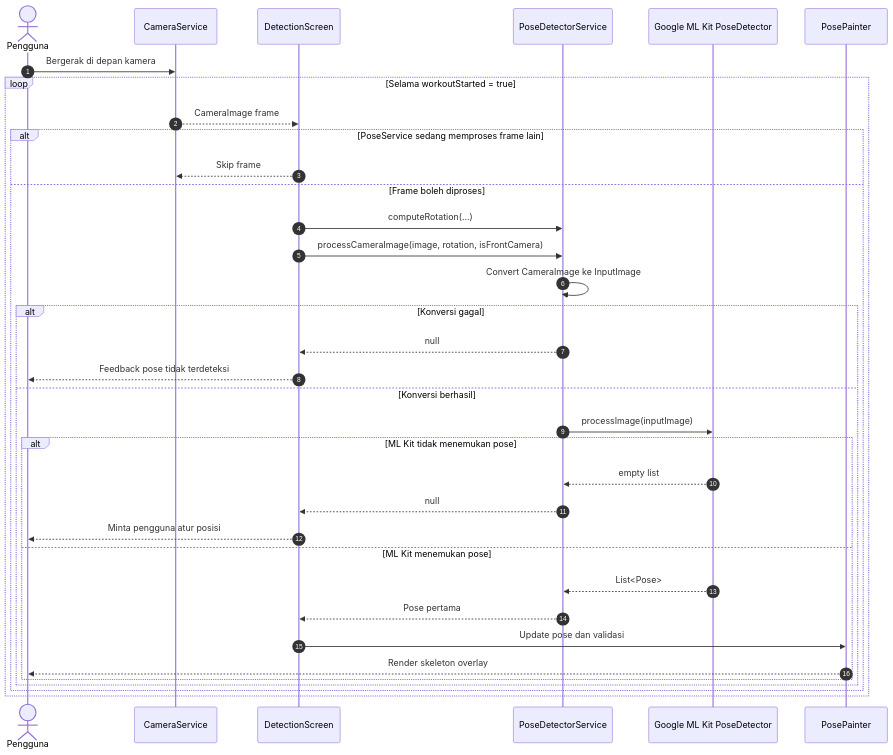
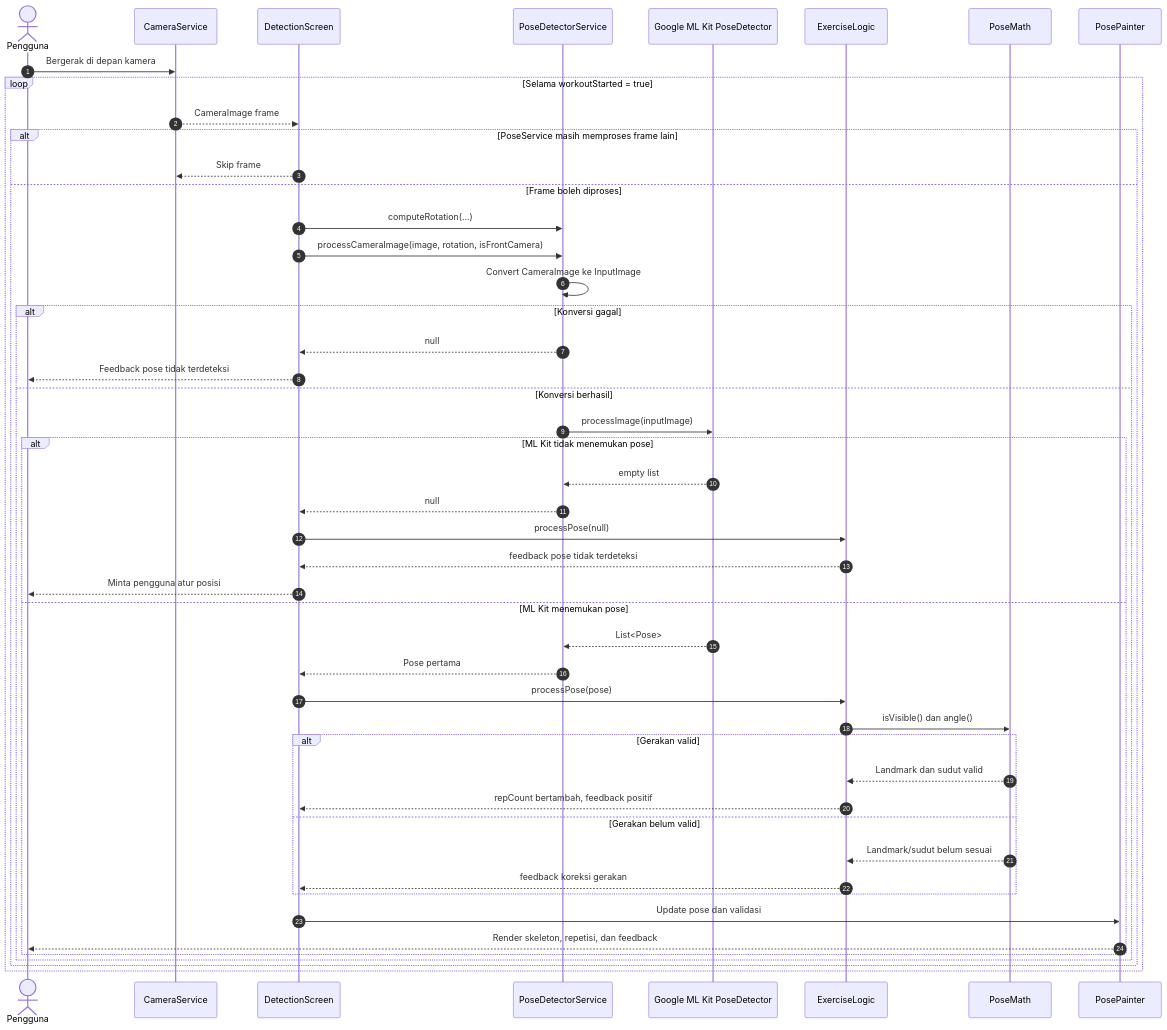
Before and after one commit to arifrachmatdx/Kinetra: diagram 22 of 24 in docs/uml.md, drawn with Mermaid. The commit also changed other lines of this file and 1 other file, not shown here.

Commit message:
docs: align UML diagrams with requested use cases

````diff
--- a/docs/uml.md
+++ b/docs/uml.md
@@ -1113,38 +1137,51 @@
 ```mermaid
 sequenceDiagram
     autonumber
     actor User as Pengguna
     participant Camera as CameraService
     participant Detection as DetectionScreen
     participant PoseService as PoseDetectorService
     participant MLKit as Google ML Kit PoseDetector
+    participant Logic as ExerciseLogic
+    participant PoseMath as PoseMath
     participant Overlay as PosePainter
 
     User->>Camera: Bergerak di depan kamera
     loop Selama workoutStarted = true
         Camera-->>Detection: CameraImage frame
-        alt PoseService sedang memproses frame lain
+        alt PoseService masih memproses frame lain
             Detection-->>Camera: Skip frame
         else Frame boleh diproses
             Detection->>PoseService: computeRotation(...)
             Detection->>PoseService: processCameraImage(image, rotation, isFrontCamera)
             PoseService->>PoseService: Convert CameraImage ke InputImage
             alt Konversi gagal
                 PoseService-->>Detection: null
                 Detection-->>User: Feedback pose tidak terdeteksi
             else Konversi berhasil
                 PoseService->>MLKit: processImage(inputImage)
                 alt ML Kit tidak menemukan pose
                     MLKit-->>PoseService: empty list
                     PoseService-->>Detection: null
+                    Detection->>Logic: processPose(null)
+                    Logic-->>Detection: feedback pose tidak terdeteksi
                     Detection-->>User: Minta pengguna atur posisi
                 else ML Kit menemukan pose
                     MLKit-->>PoseService: List<Pose>
                     PoseService-->>Detection: Pose pertama
+                    Detection->>Logic: processPose(pose)
+                    Logic->>PoseMath: isVisible() dan angle()
+                    alt Gerakan valid
+                        PoseMath-->>Logic: Landmark dan sudut valid
+                        Logic-->>Detection: repCount bertambah, feedback positif
+                    else Gerakan belum valid
+                        PoseMath-->>Logic: Landmark/sudut belum sesuai
+                        Logic-->>Detection: feedback koreksi gerakan
+                    end
                     Detection->>Overlay: Update pose dan validasi
-                    Overlay-->>User: Render skeleton overlay
+                    Overlay-->>User: Render skeleton, repetisi, dan feedback
                 end
             end
         end
     end
 ```
````
